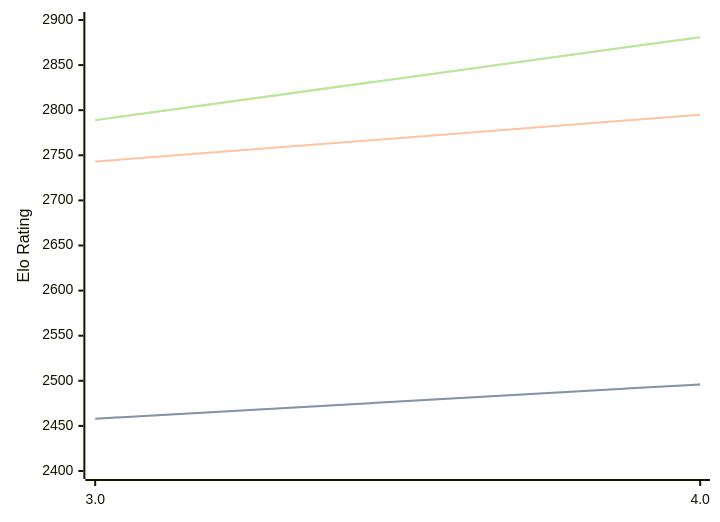
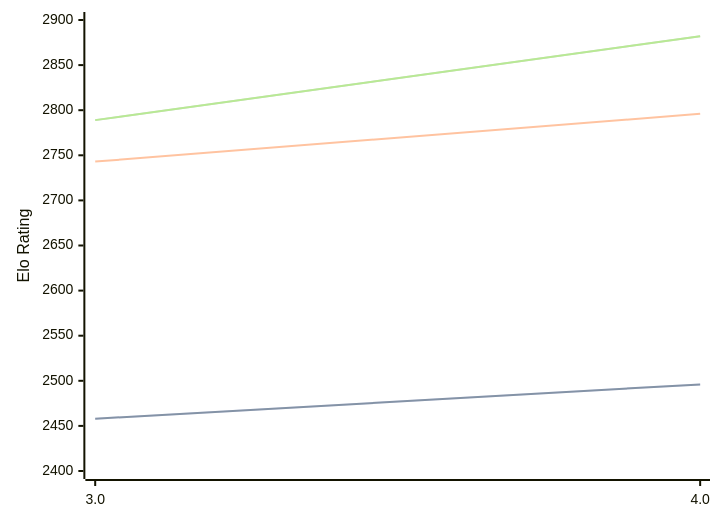
The diagram in engines/Chess3.md (computer-chess-index/cci), drawn with Mermaid before and after one commit. The commit also changed other lines of this file, not shown here.

Commit message:
Update CCI Ratings (ELO VLTC) - 2026-08-05

````diff
--- a/engines/Chess3.md
+++ b/engines/Chess3.md
@@ -34,11 +34,11 @@
 ```mermaid
 %%{init: {"theme":"base","themeVariables":{"seriesColors:['#a3a3a3','#222221','#faa371']}}}%%
 xychart-beta
   x-axis ["3.0", "4.0"]
   y-axis "Elo Rating" 2400 --> 2900
   line "STC (8.0+0.08s)" [2458, 2496]
   line "STC (8.0+0.08s)" [2458, 2496]
-  line "LTC (60.0+0.60s)" [2743, 2795]
-  line "VLTC (2m24s+1.12s)" [2789, 2881]
-  line "VLTC (2m24s+1.12s)" [2789, 2881]
+  line "LTC (60.0+0.60s)" [2743, 2796]
+  line "VLTC (2m24s+1.12s)" [2789, 2882]
+  line "VLTC (2m24s+1.12s)" [2789, 2882]
 ```
````
